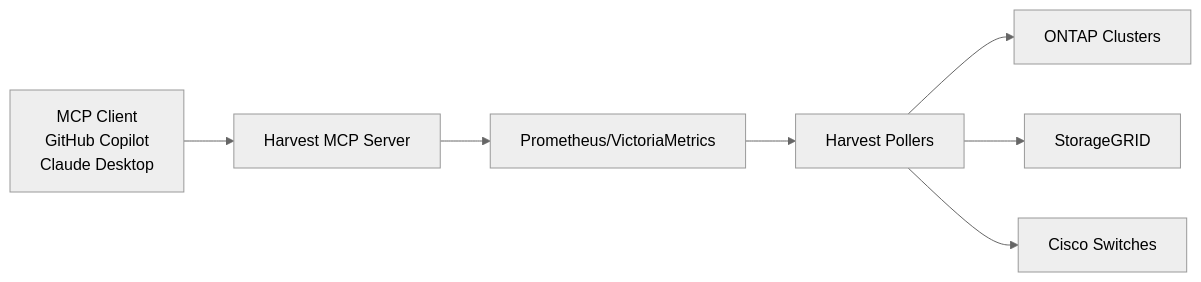
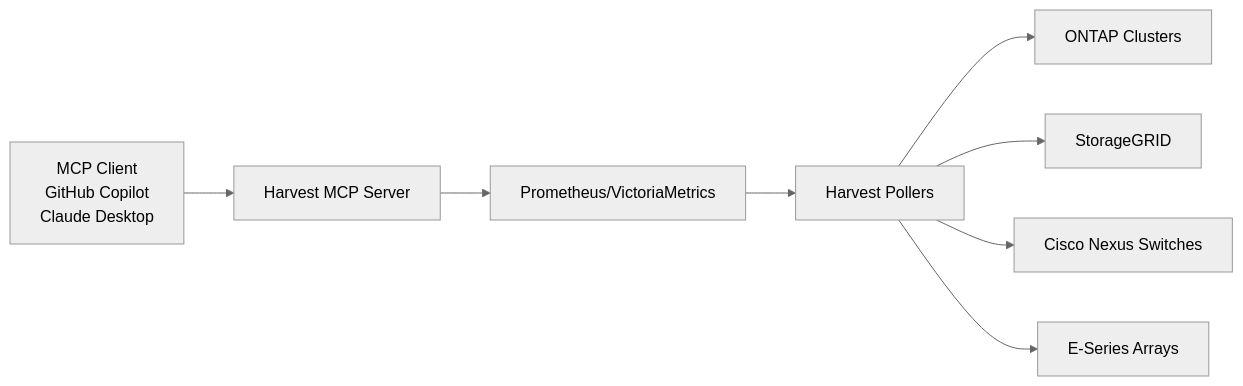
The diagram in docs/mcp/overview.md (NetApp/harvest), drawn with Mermaid (neutral theme) before and after one commit. The commit also changed other lines of this file and 4 other files, not shown here.

````diff
--- a/docs/mcp/overview.md
+++ b/docs/mcp/overview.md
@@ -39,9 +39,10 @@
 ```mermaid
 graph LR
     A[MCP Client<br/>GitHub Copilot<br/>Claude Desktop] --> B[Harvest MCP Server]
     B --> C[Prometheus/VictoriaMetrics]
     C --> D[Harvest Pollers]
     D --> F[ONTAP Clusters]
     D --> G[StorageGRID]  
-    D --> H[Cisco Switches]
+    D --> H[Cisco Nexus Switches]
+    D --> I[E-Series Arrays]
 ```
````
